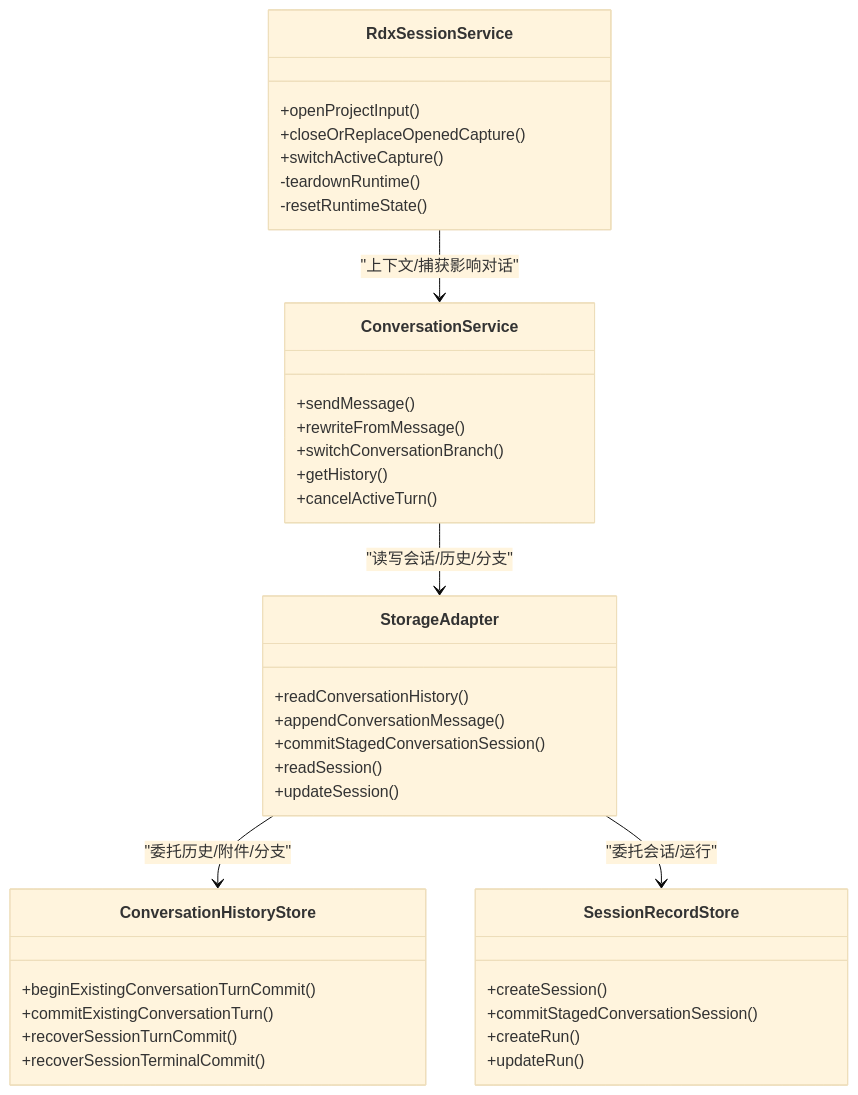
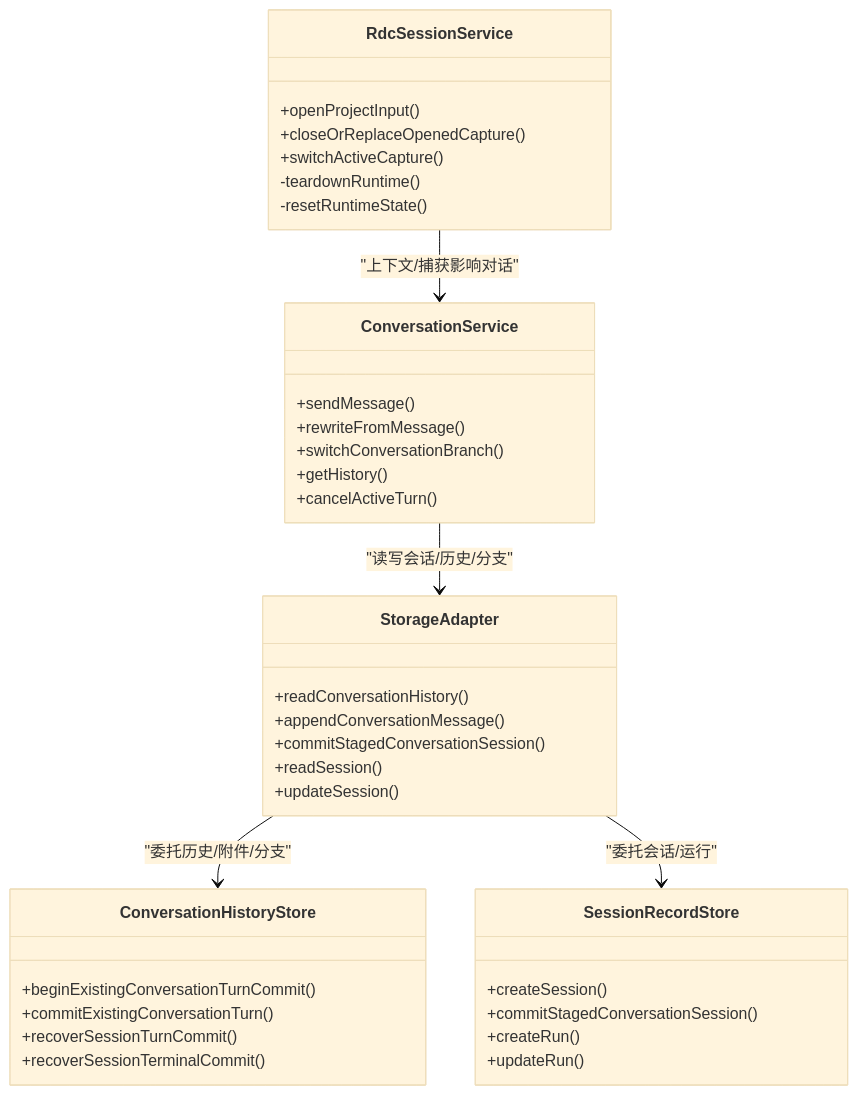
The seventh of 7 diagrams in .qoder/repowiki/zh/content/架构设计/主进程架构/会话管理系统.md (haolange/RDC-Agent), drawn with Mermaid (base theme) before and after one commit. The commit also changed other lines of this file and 557 other files, not shown here.

````diff
--- a/.qoder/repowiki/zh/content/架构设计/主进程架构/会话管理系统.md
+++ b/.qoder/repowiki/zh/content/架构设计/主进程架构/会话管理系统.md
@@ -271,40 +271,40 @@
 ```mermaid
 classDiagram
-class RdxSessionService {
+class RdcSessionService {
 +openProjectInput()
 +closeOrReplaceOpenedCapture()
 +switchActiveCapture()
 -teardownRuntime()
 -resetRuntimeState()
 }
 class ConversationService {
 +sendMessage()
 +rewriteFromMessage()
 +switchConversationBranch()
 +getHistory()
 +cancelActiveTurn()
 }
 class StorageAdapter {
 +readConversationHistory()
 +appendConversationMessage()
 +commitStagedConversationSession()
 +readSession()
 +updateSession()
 }
 class ConversationHistoryStore {
 +beginExistingConversationTurnCommit()
 +commitExistingConversationTurn()
 +recoverSessionTurnCommit()
 +recoverSessionTerminalCommit()
 }
 class SessionRecordStore {
 +createSession()
 +commitStagedConversationSession()
 +createRun()
 +updateRun()
 }
-RdxSessionService --> ConversationService : "上下文/捕获影响对话"
+RdcSessionService --> ConversationService : "上下文/捕获影响对话"
 ConversationService --> StorageAdapter : "读写会话/历史/分支"
 StorageAdapter --> ConversationHistoryStore : "委托历史/附件/分支"
 StorageAdapter --> SessionRecordStore : "委托会话/运行"
 ```
````
